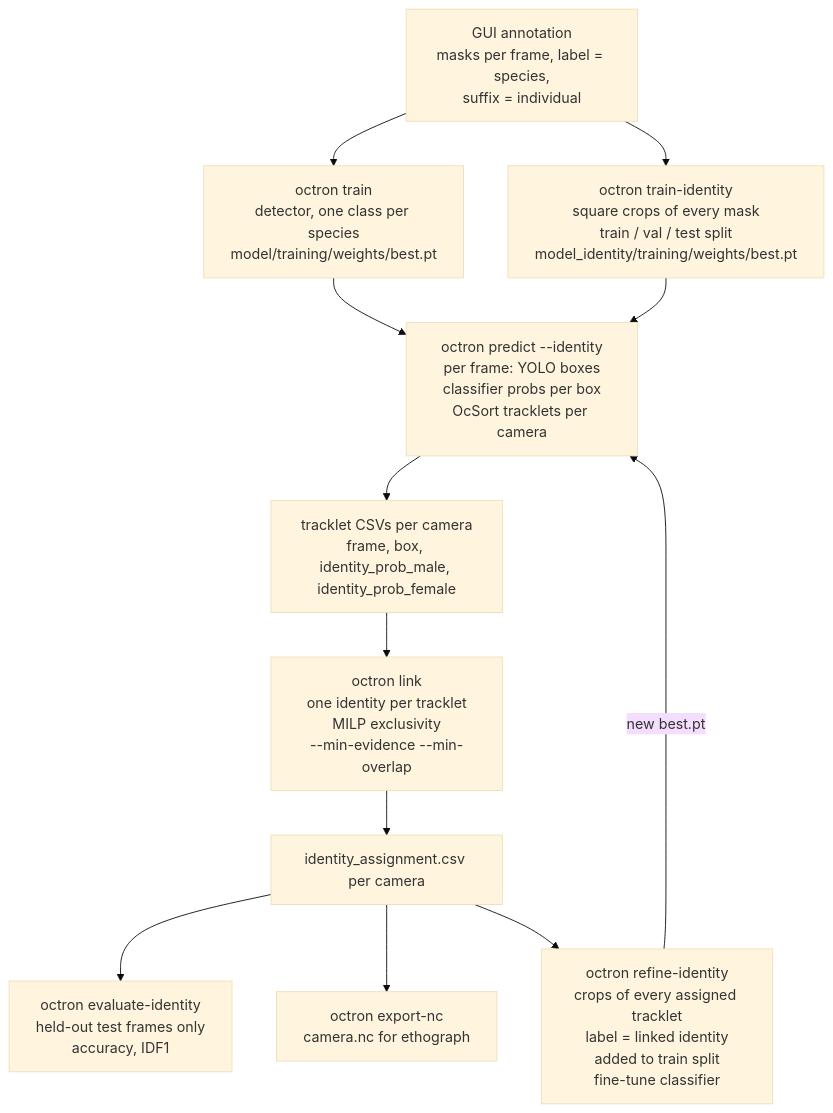
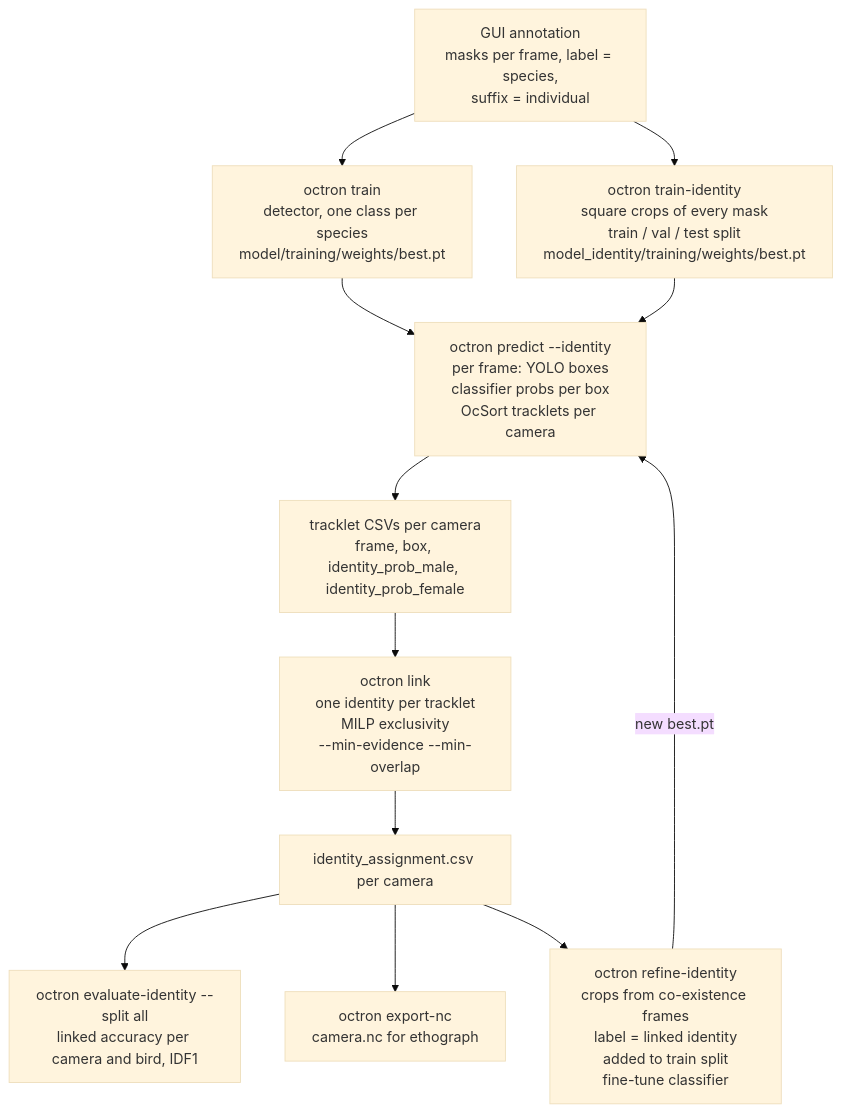
Before and after one commit to Akseli-Ilmanen/OCTRON-GUI: the first of 2 diagrams in claude_notes/PIPELINE_DIAGRAM.md, drawn with Mermaid (base theme). The commit also changed other lines of this file and 8 other files, not shown here.

````diff
--- a/claude_notes/PIPELINE_DIAGRAM.md
+++ b/claude_notes/PIPELINE_DIAGRAM.md
@@ -8,14 +8,14 @@
 ```mermaid
 flowchart TD
     A[GUI annotation<br/>masks per frame, label = species,<br/>suffix = individual] --> B[octron train<br/>detector, one class per species<br/>model/training/weights/best.pt]
     A --> C[octron train-identity<br/>square crops of every mask<br/>train / val / test split<br/>model_identity/training/weights/best.pt]
     B --> D[octron predict --identity<br/>per frame: YOLO boxes<br/>classifier probs per box<br/>OcSort tracklets per camera]
     C --> D
     D --> E[tracklet CSVs per camera<br/>frame, box, identity_prob_male, identity_prob_female]
     E --> F[octron link<br/>one identity per tracklet<br/>MILP exclusivity<br/>--min-evidence --min-overlap]
     F --> G[identity_assignment.csv per camera]
-    G --> H[octron evaluate-identity<br/>held-out test frames only<br/>accuracy, IDF1]
+    G --> H[octron evaluate-identity --split all<br/>linked accuracy per camera and bird, IDF1]
     G --> I[octron export-nc<br/>camera.nc for ethograph]
-    G --> J[octron refine-identity<br/>crops of every assigned tracklet<br/>label = linked identity<br/>added to train split<br/>fine-tune classifier]
+    G --> J[octron refine-identity<br/>crops from co-existence frames<br/>label = linked identity<br/>added to train split<br/>fine-tune classifier]
     J -->|new best.pt| D
 ```
````
